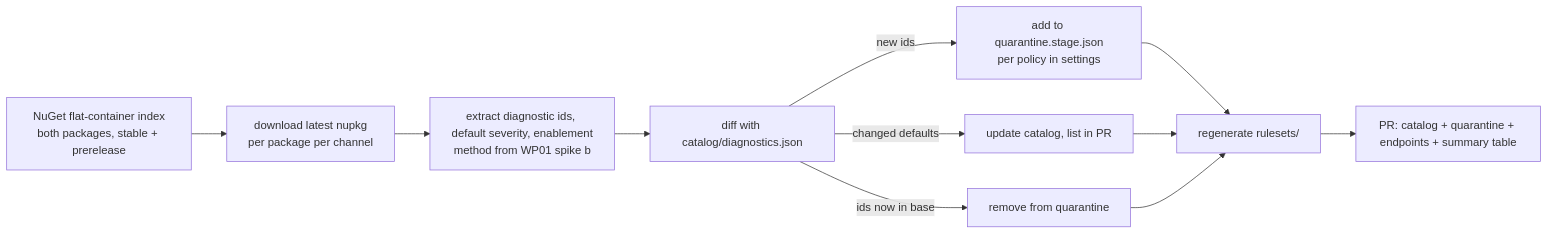
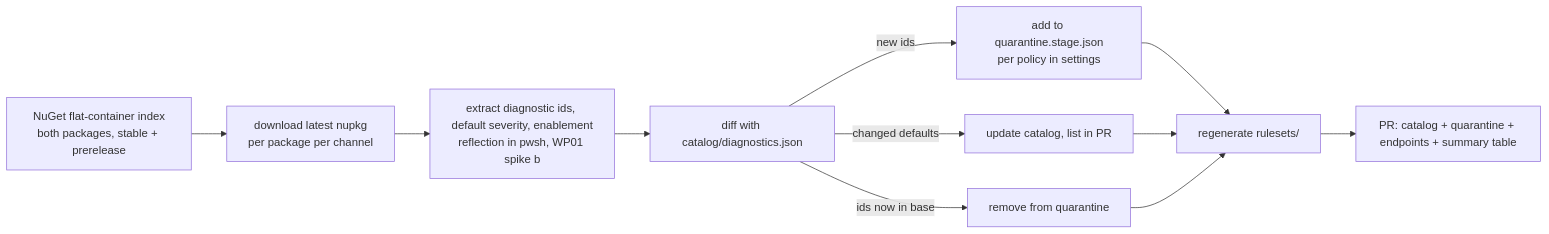
Before and after one commit to ALCops/rulebook-engine: the fourth of 5 diagrams in docs/ARCHITECTURE.md, drawn with Mermaid. The commit also changed other lines of this file and 1 other file, not shown here.

Commit message:
Spike (b): result, reflection in pwsh over tools/<tfm>/any and lib/<tfm>

````diff
--- a/docs/ARCHITECTURE.md
+++ b/docs/ARCHITECTURE.md
@@ -281,11 +281,11 @@
 ```mermaid
 flowchart LR
     idx[NuGet flat-container index<br/>both packages, stable + prerelease] --> dl[download latest nupkg<br/>per package per channel]
-    dl --> ex[extract diagnostic ids, default severity, enablement<br/>method from WP01 spike b]
+    dl --> ex[extract diagnostic ids, default severity, enablement<br/>reflection in pwsh, WP01 spike b]
     ex --> diff[diff with catalog/diagnostics.json]
     diff -->|new ids| q[add to quarantine.stage.json<br/>per policy in settings]
     diff -->|changed defaults| dd[update catalog, list in PR]
     diff -->|ids now in base| hk[remove from quarantine]
     q & dd & hk --> gen[regenerate rulesets/]
     gen --> pr[PR: catalog + quarantine + endpoints + summary table]
 ```
````
